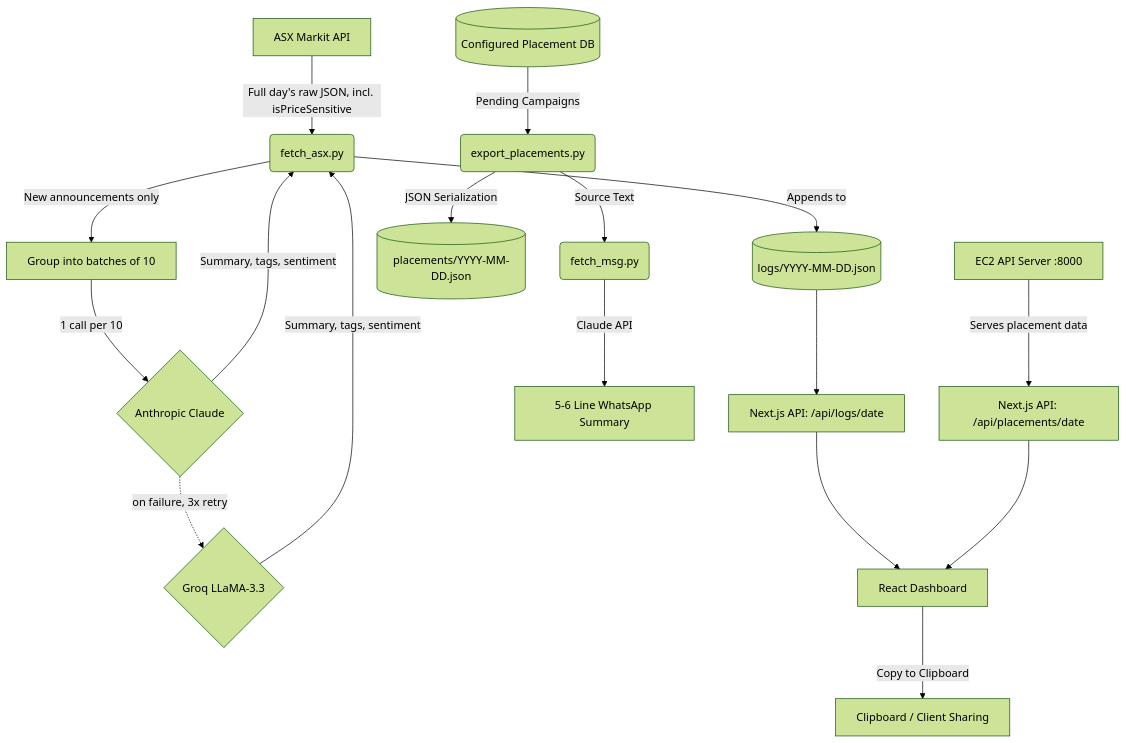
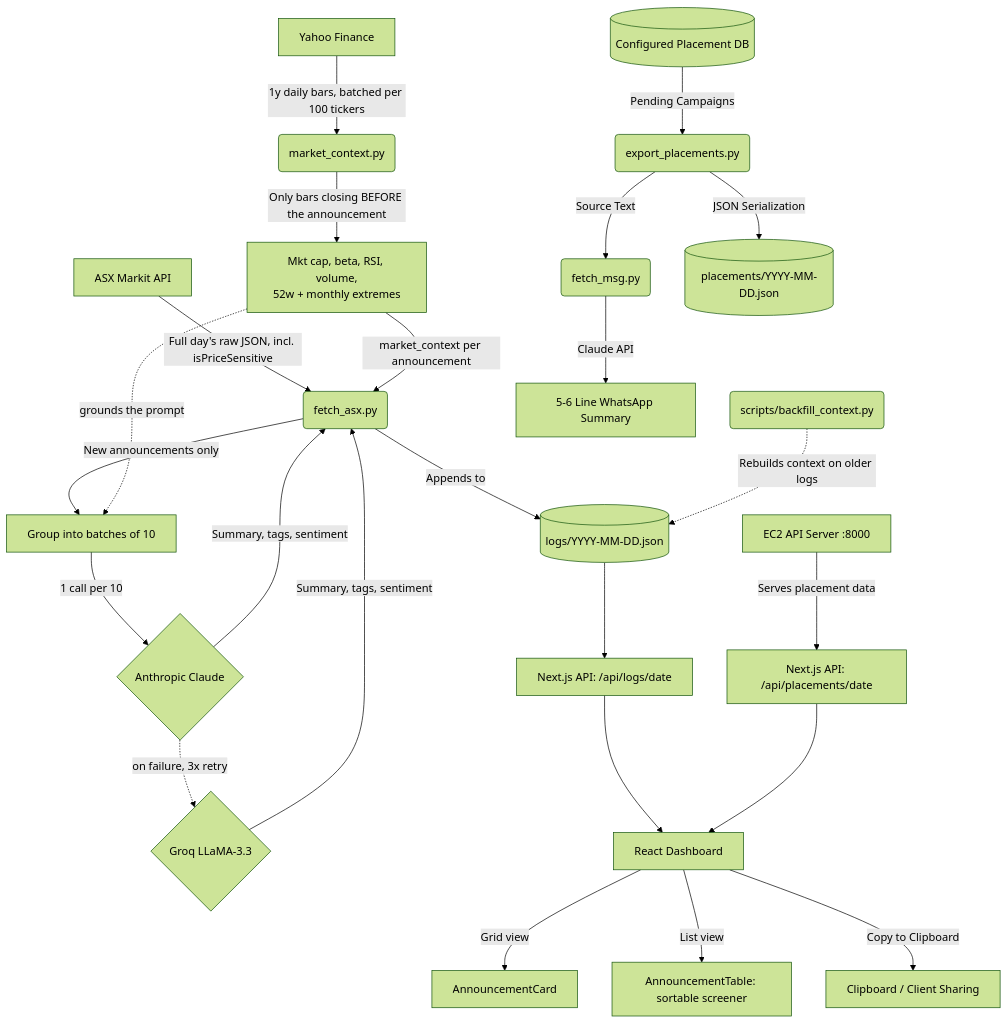
One commit to Vitti-Capital-Tech/ASX_Dashboard changed the diagram in docs/HLD.md. Above: the diagram before and after it, drawn with Mermaid (forest theme). The commit also changed other lines of this file and 11 other files, not shown here.

````diff
--- a/docs/HLD.md
+++ b/docs/HLD.md
@@ -36,24 +39,31 @@
 ```mermaid
 graph TD
     %% ASX Announcements Pipeline
     ASX[ASX Markit API] -->|"Full day's raw JSON, incl. isPriceSensitive"| FA(fetch_asx.py)
     FA -->|New announcements only| GRP[Group into batches of 10]
     GRP -->|1 call per 10| CL{Anthropic Claude}
     CL -.->|on failure, 3x retry| GQ{Groq LLaMA-3.3}
     CL -->|Summary, tags, sentiment| FA
     GQ -->|Summary, tags, sentiment| FA
+    YF[Yahoo Finance] -->|"1y daily bars, batched per 100 tickers"| MC(market_context.py)
+    MC -->|"Only bars closing BEFORE the announcement"| MEAS["Mkt cap, beta, RSI, volume,<br/>52w + monthly extremes"]
+    MEAS -->|market_context per announcement| FA
+    MEAS -.->|grounds the prompt| GRP
     FA -->|Appends to| DL[(logs/YYYY-MM-DD.json)]
+    BF(scripts/backfill_context.py) -.->|"Rebuilds context on older logs"| DL
     DL --> BFF1[Next.js API: /api/logs/date]
 
     %% Placement & IPO Pipeline
     DB[(Configured Placement DB)] -->|Pending Campaigns| EP(export_placements.py)
     EP -->|Source Text| FM(fetch_msg.py)
     FM -->|Claude API| WA[5-6 Line WhatsApp Summary]
     EP -->|JSON Serialization| PL[(placements/YYYY-MM-DD.json)]
     EC2[EC2 API Server :8000] -->|Serves placement data| BFF2[Next.js API: /api/placements/date]
 
     %% Frontend Layer
     BFF1 --> Dashboard[React Dashboard]
     BFF2 --> Dashboard
+    Dashboard -->|Grid view| CARDS[AnnouncementCard]
+    Dashboard -->|List view| TBL[AnnouncementTable: sortable screener]
     Dashboard -->|Copy to Clipboard| Clip[Clipboard / Client Sharing]
 ```
````
